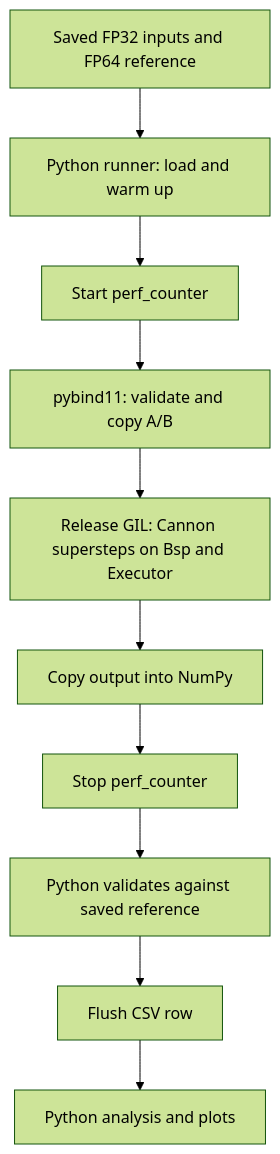
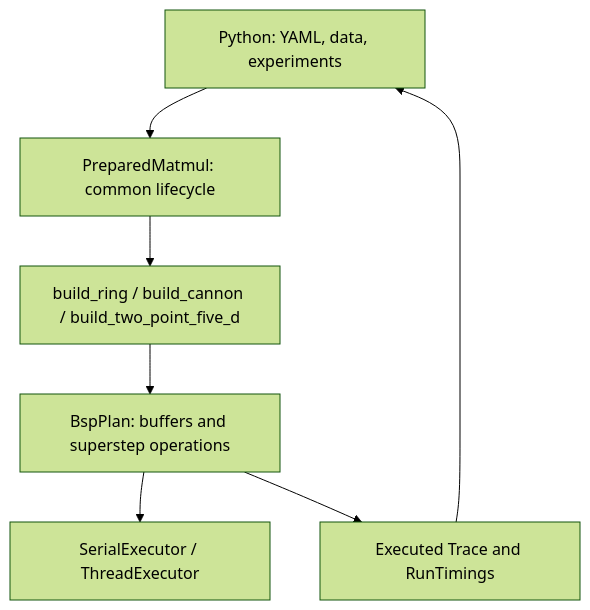
The diagram in docs/design.md (ceg5206-g7/dmm_doc), drawn with Mermaid (forest theme) before and after one commit. The commit also changed other lines of this file and 9 other files, not shown here.

Commit message:
Document the single BSP plan runtime and builder contract

````diff
--- a/docs/design.md
+++ b/docs/design.md
@@ -25,11 +9,11 @@
 ```mermaid
 flowchart TD
-    accTitle: Benchmark data flow
-    accDescr: Python loads saved arrays, performs warmup and timed calls into C++, then validates results and writes records for analysis.
-    Dataset["Saved FP32 inputs and FP64 reference"] --> Python["Python runner: load and warm up"]
-    Python --> Timer["Start perf_counter"] --> Binding["pybind11: validate and copy A/B"]
-    Binding --> Native["Release GIL: Cannon supersteps on Bsp and Executor"]
-    Native --> Result["Copy output into NumPy"] --> Stop["Stop perf_counter"]
-    Stop --> Check["Python validates against saved reference"]
-    Check --> CSV["Flush CSV row"] --> Analysis["Python analysis and plots"]
+    accTitle: One plan runtime for all layouts
+    accDescr: Python prepares a shared workspace. A layout builder declares its BSP operations. The same interpreter executes them through either executor and records traces and timings.
+    Python["Python: YAML, data, experiments"] --> Job["PreparedMatmul: common lifecycle"]
+    Job --> Builder["build_ring / build_cannon / build_two_point_five_d"]
+    Builder --> Plan["BspPlan: buffers and superstep operations"]
+    Plan --> Executor["SerialExecutor / ThreadExecutor"]
+    Plan --> Records["Executed Trace and RunTimings"]
+    Records --> Python
 ```
````
